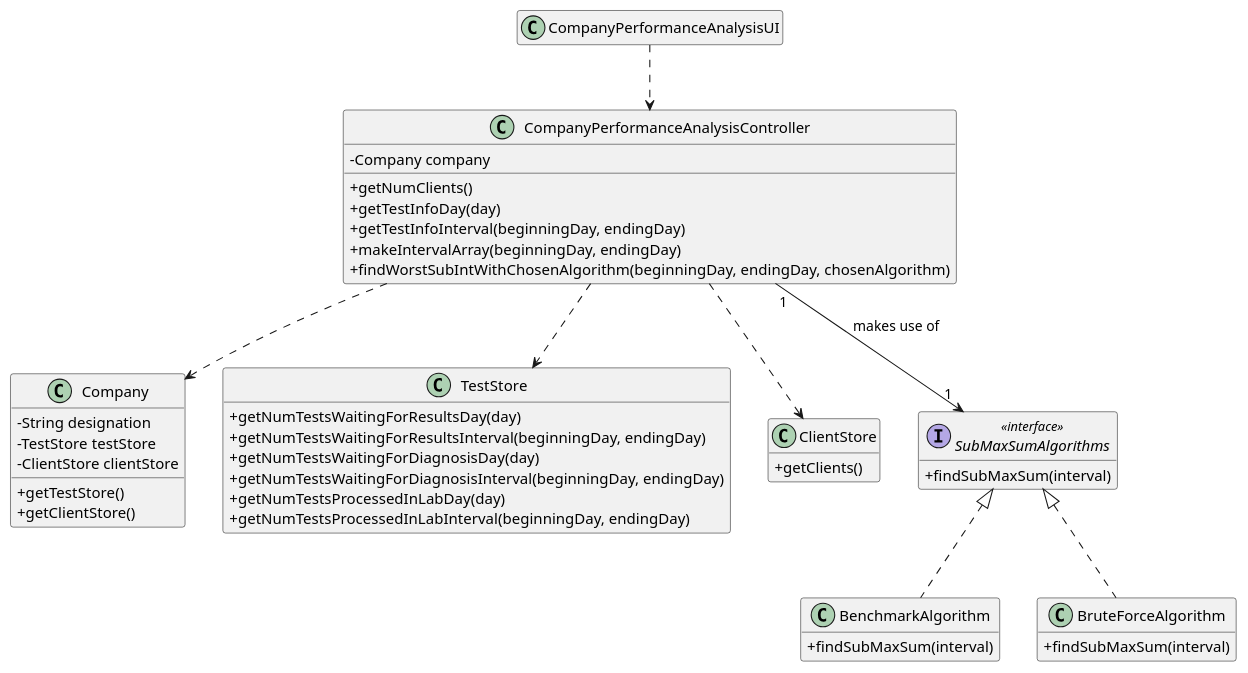
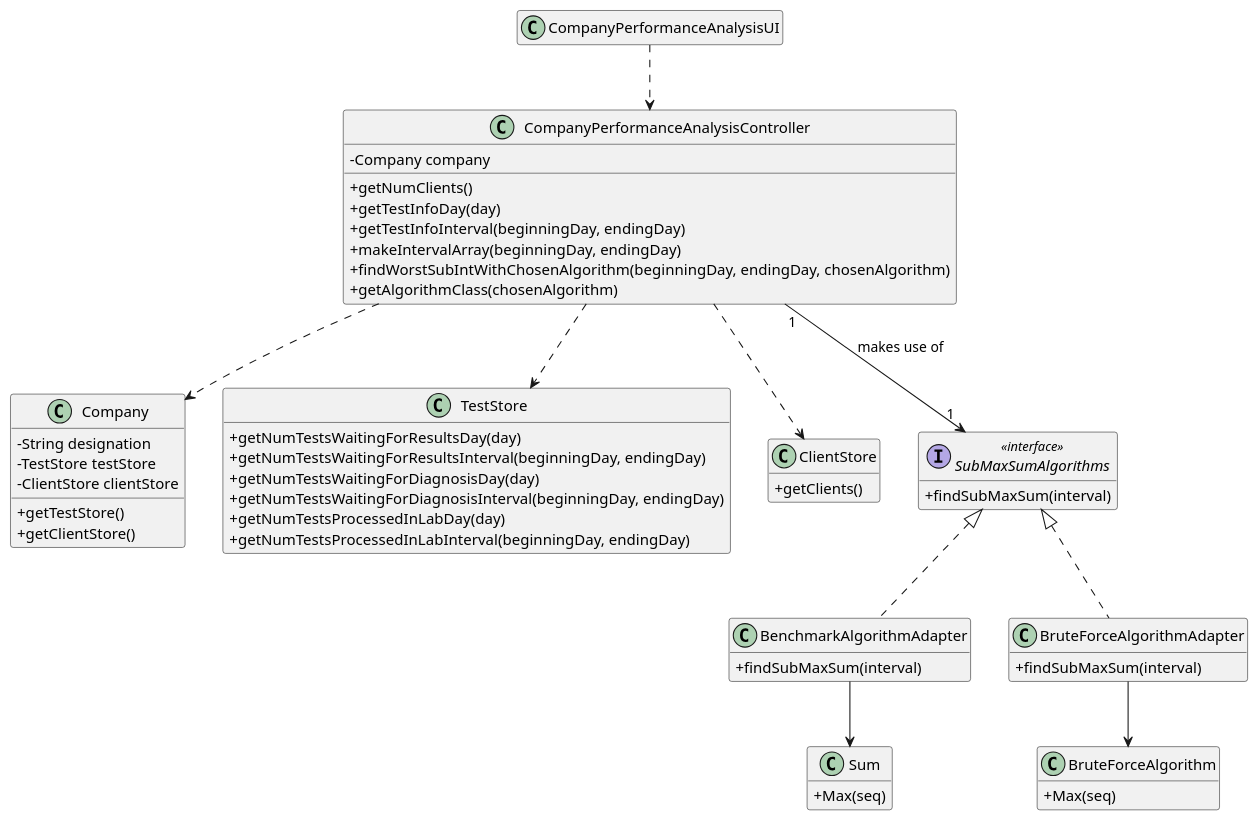
One commit to ana-albergaria/LAPR2-ISEP changed the diagram in docs/SprintD/US_16/US16_CD.puml. Above: the diagram before and after it, drawn with PlantUML. The commit also changed 8 other files, not shown here.

Commit message:
Updated US16 Diagrams and US16 Code.

```diff
--- a/docs/SprintD/US_16/US16_CD.puml
+++ b/docs/SprintD/US_16/US16_CD.puml
@@ -1,62 +1,73 @@
 @startuml
 'skinparam linetype ortho
 hide empty methods
 hide empty attributes
 'left to right direction
 skinparam classAttributeIconSize 0
 
 class Company {
     -String designation
     -TestStore testStore
     -ClientStore clientStore
     +getTestStore()
     +getClientStore()
 }
 
 class TestStore {
     +getNumTestsWaitingForResultsDay(day)
     +getNumTestsWaitingForResultsInterval(beginningDay, endingDay)
     +getNumTestsWaitingForDiagnosisDay(day)
     +getNumTestsWaitingForDiagnosisInterval(beginningDay, endingDay)
     +getNumTestsProcessedInLabDay(day)
     +getNumTestsProcessedInLabInterval(beginningDay, endingDay)
 }
 
 class ClientStore {
     +getClients()
 }
 
 class CompanyPerformanceAnalysisController{
     -Company company
     +getNumClients()
     +getTestInfoDay(day)
     +getTestInfoInterval(beginningDay, endingDay)
     +makeIntervalArray(beginningDay, endingDay)
     +findWorstSubIntWithChosenAlgorithm(beginningDay, endingDay, chosenAlgorithm)
+    +getAlgorithmClass(chosenAlgorithm)
 }
 
 class CompanyPerformanceAnalysisUI{
 }
 
 interface SubMaxSumAlgorithms <<interface>> {
     +findSubMaxSum(interval)
 }
 
-class BenchmarkAlgorithm{
+class BenchmarkAlgorithmAdapter{
     +findSubMaxSum(interval)
 }
 
+class BruteForceAlgorithmAdapter{
+    +findSubMaxSum(interval)
+}
+
+class Sum{
+    +Max(seq)
+}
+
 class BruteForceAlgorithm{
-    +findSubMaxSum(interval)
+    +Max(seq)
 }
 
 CompanyPerformanceAnalysisUI ..> CompanyPerformanceAnalysisController
 CompanyPerformanceAnalysisController ..> Company
 CompanyPerformanceAnalysisController ..> ClientStore
 CompanyPerformanceAnalysisController ..> TestStore
 CompanyPerformanceAnalysisController "1" --> "1" SubMaxSumAlgorithms : makes use of
+BenchmarkAlgorithmAdapter --> Sum
+BruteForceAlgorithmAdapter --> BruteForceAlgorithm
 
-class BenchmarkAlgorithm implements SubMaxSumAlgorithms
-class BruteForceAlgorithm implements SubMaxSumAlgorithms
+class BenchmarkAlgorithmAdapter implements SubMaxSumAlgorithms
+class BruteForceAlgorithmAdapter implements SubMaxSumAlgorithms
 
 @enduml
```
